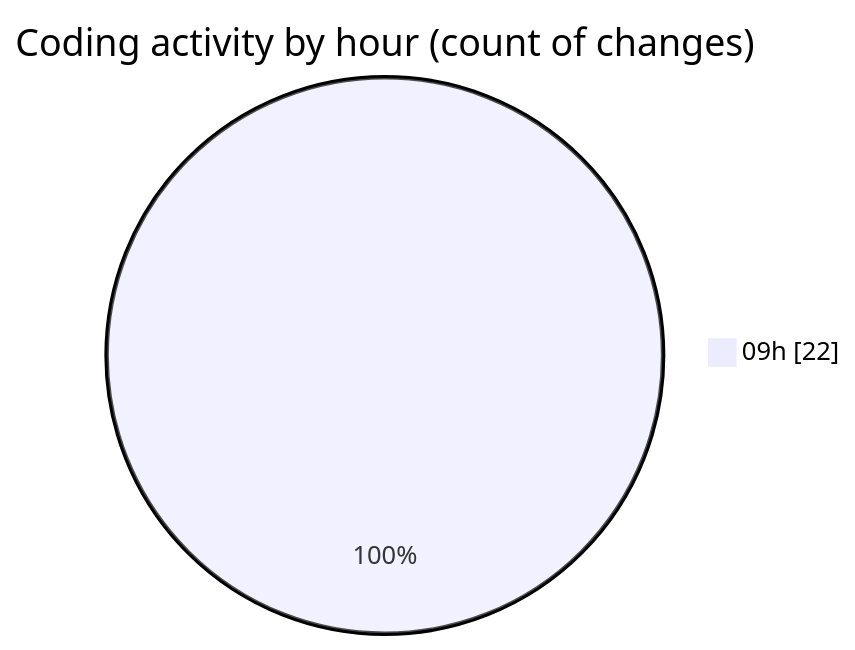
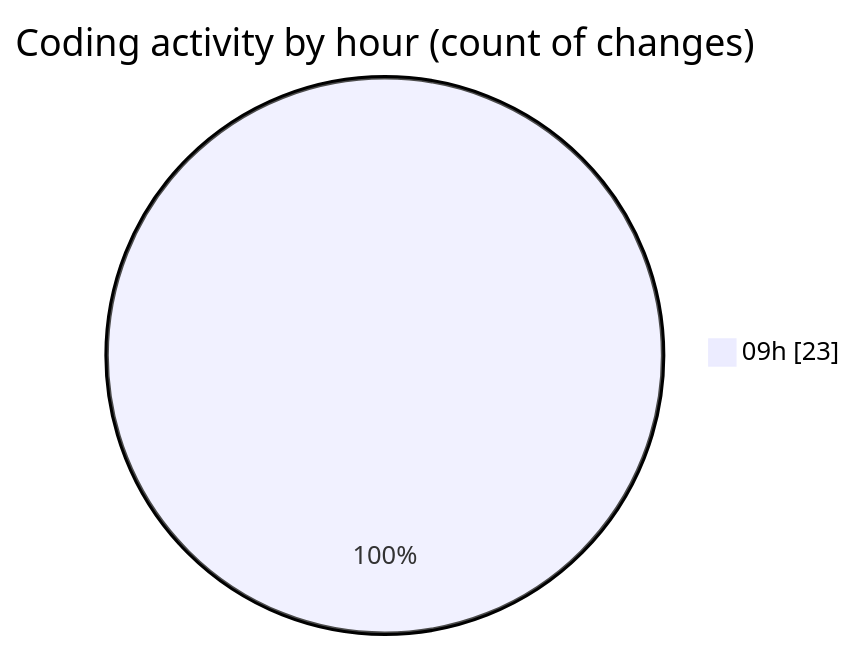
The second of 2 diagrams in 2025-11-17/cda/README.md (momahboobian/code-tracking), drawn with Mermaid before and after one commit. The commit also changed other lines of this file and 1 other file, not shown here.

````diff
--- a/2025-11-17/cda/README.md
+++ b/2025-11-17/cda/README.md
@@ -28,5 +28,5 @@
 ```mermaid
 pie showData
 title Coding activity by hour (count of changes)
-"09h" : 22
+"09h" : 23
 ```
````
